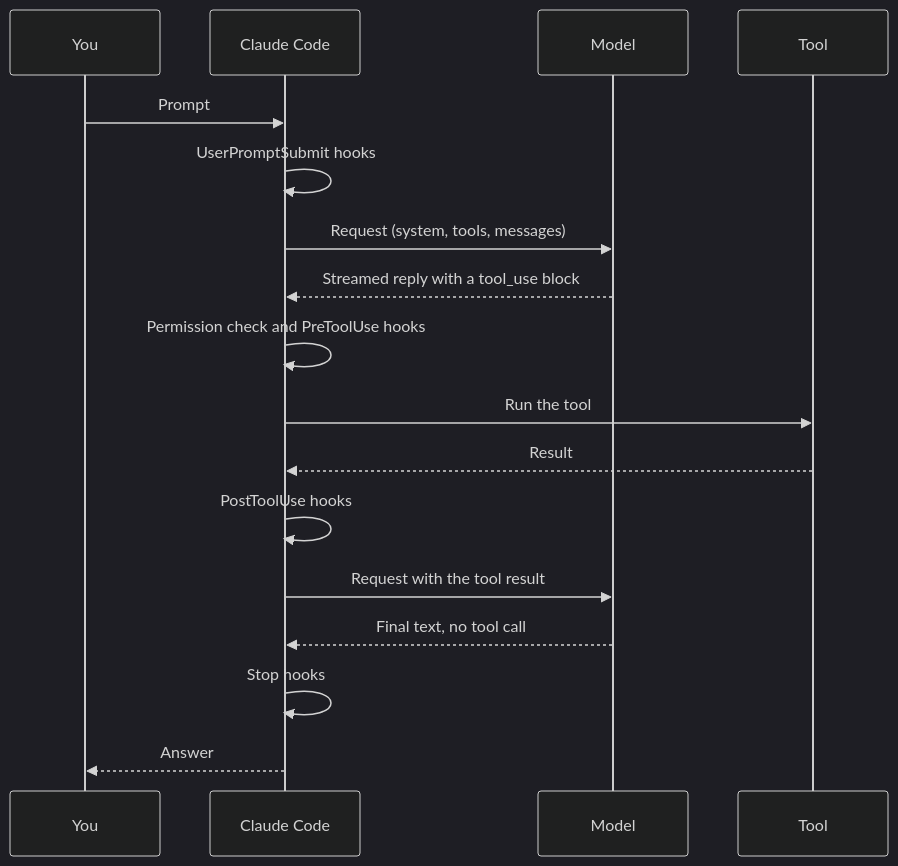
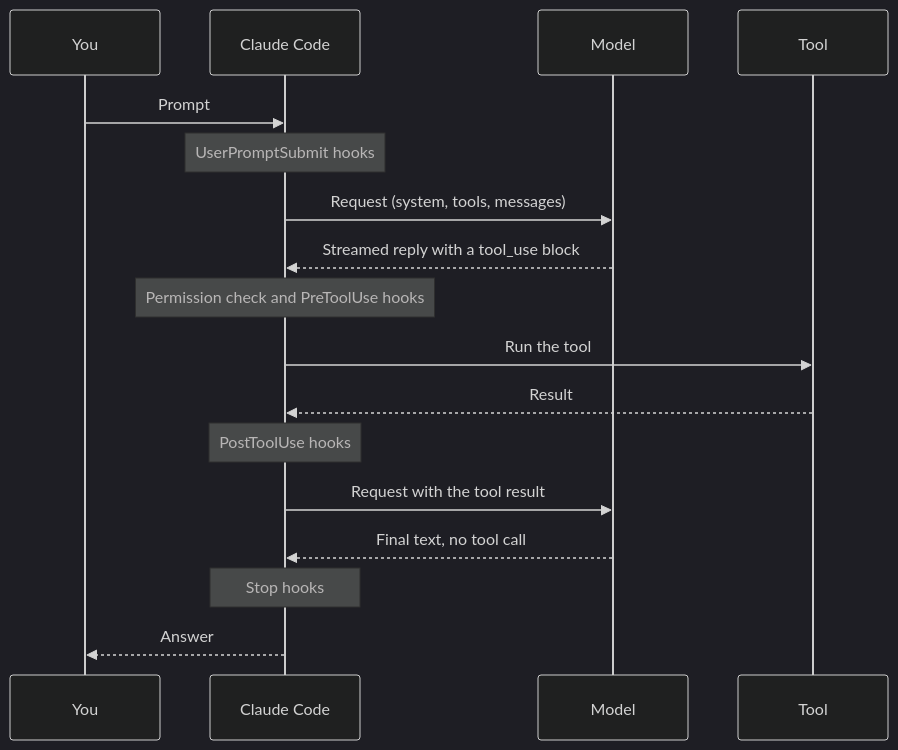
Before and after one commit to xsyetopz/claude-code-docs: the first of 4 diagrams in docs/how-it-works/agent-loop.md, drawn with Mermaid (dark theme). The commit also changed other lines of this file and 106 other files, not shown here.

````diff
--- a/docs/how-it-works/agent-loop.md
+++ b/docs/how-it-works/agent-loop.md
@@ -24,19 +14,19 @@
 ```mermaid
 sequenceDiagram
   participant You
   participant CC as Claude Code
   participant Model
   participant Tool
   You->>CC: Prompt
-  CC->>CC: UserPromptSubmit hooks
+  Note over CC: UserPromptSubmit hooks
   CC->>Model: Request (system, tools, messages)
   Model-->>CC: Streamed reply with a tool_use block
-  CC->>CC: Permission check and PreToolUse hooks
+  Note over CC: Permission check and PreToolUse hooks
   CC->>Tool: Run the tool
   Tool-->>CC: Result
-  CC->>CC: PostToolUse hooks
+  Note over CC: PostToolUse hooks
   CC->>Model: Request with the tool result
   Model-->>CC: Final text, no tool call
-  CC->>CC: Stop hooks
+  Note over CC: Stop hooks
   CC-->>You: Answer
 ```
````
